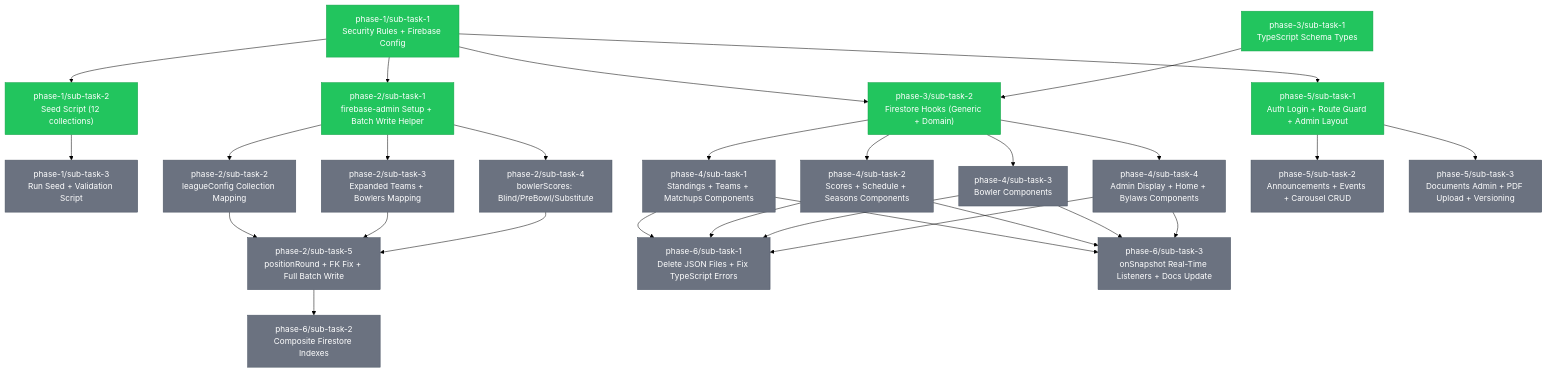
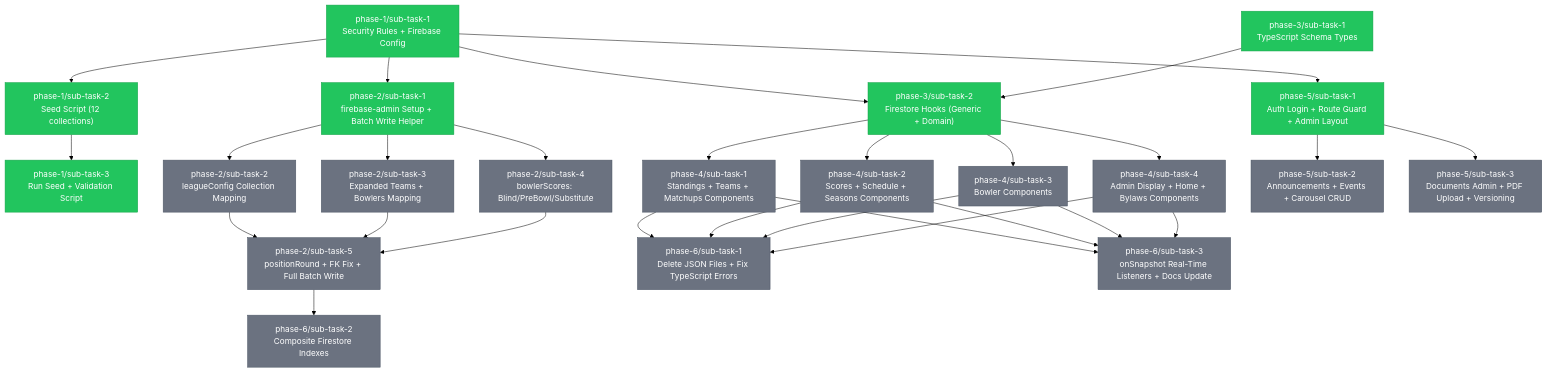
One commit to Bagwell-Oil-Imaging/late-night-happy-hour-league-site changed the diagram in .claude/tasks/TASKS.md. Above: the diagram before and after it, drawn with Mermaid (forest theme). The commit also changed other lines of this file, not shown here.

```diff
--- a/.claude/tasks/TASKS.md
+++ b/.claude/tasks/TASKS.md
@@ -86,7 +86,7 @@
     %% Apply status classes
     class P1S1 completed
     class P1S2 completed
-    class P1S3 pending
+    class P1S3 completed
     class P2S1 completed
     class P2S2 pending
     class P2S3 pending
```
